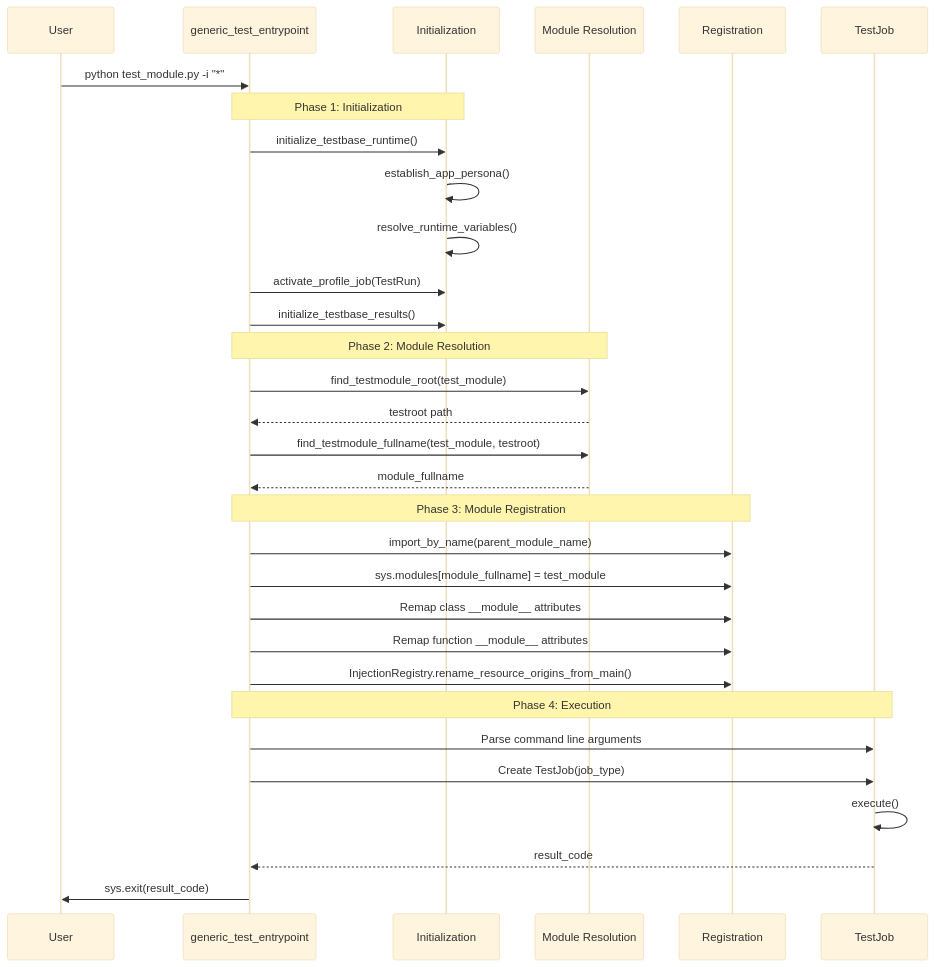
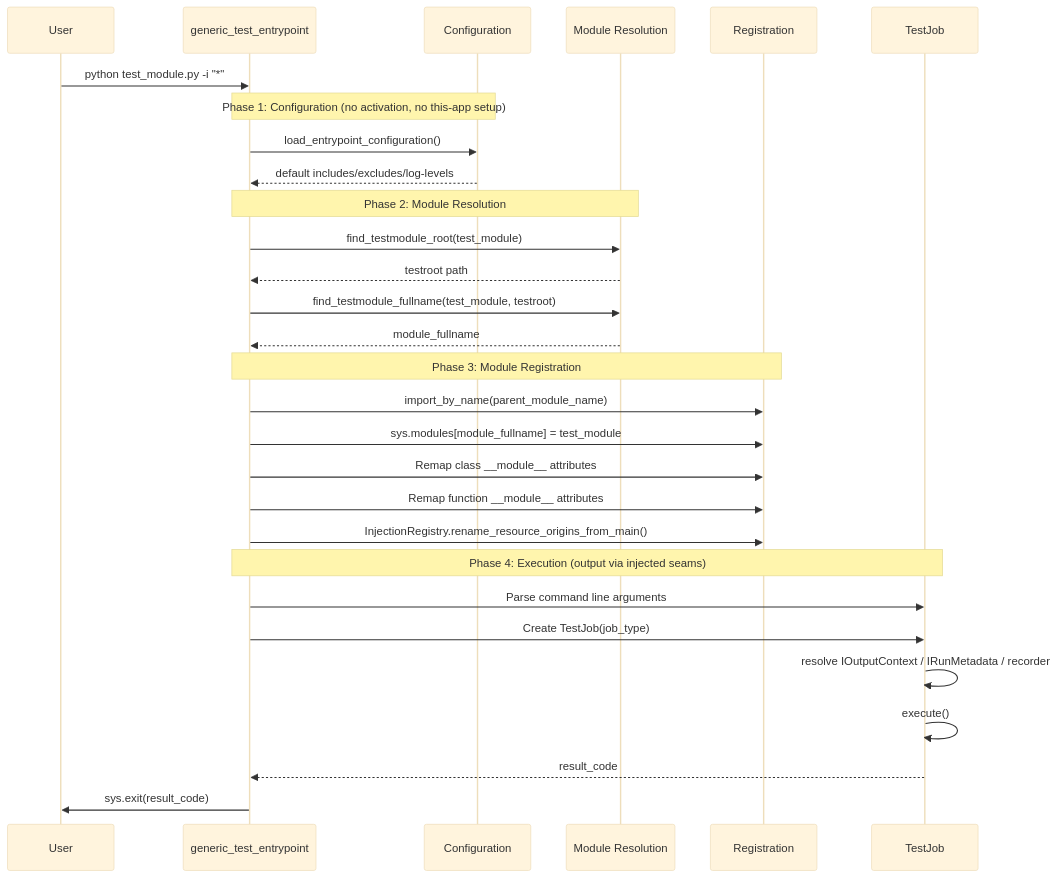
Before and after one commit to code-craft-ai-company/codecraftai-testbase: the fifth of 10 diagrams in specs/entrypoints/design.md, drawn with Mermaid (base theme). The commit also changed other lines of this file and 109 other files, not shown here.

Commit message:
refactor: decouple results/reporting and add standalone seams (Phase 3/5); update specs

````diff
--- a/specs/entrypoints/design.md
+++ b/specs/entrypoints/design.md
@@ -232,38 +206,36 @@
 ```mermaid
 sequenceDiagram
     participant User
     participant EP as generic_test_entrypoint
-    participant Init as Initialization
+    participant Cfg as Configuration
     participant Resolve as Module Resolution
     participant Reg as Registration
     participant Job as TestJob
-    
+
     User->>EP: python test_module.py -i "*"
-    
-    Note over EP,Init: Phase 1: Initialization
-    EP->>Init: initialize_testbase_runtime()
-    Init->>Init: establish_app_persona()
-    Init->>Init: resolve_runtime_variables()
-    EP->>Init: activate_profile_job(TestRun)
-    EP->>Init: initialize_testbase_results()
-    
+
+    Note over EP,Cfg: Phase 1: Configuration (no activation, no this-app setup)
+    EP->>Cfg: load_entrypoint_configuration()
+    Cfg-->>EP: default includes/excludes/log-levels
+
     Note over EP,Resolve: Phase 2: Module Resolution
     EP->>Resolve: find_testmodule_root(test_module)
     Resolve-->>EP: testroot path
     EP->>Resolve: find_testmodule_fullname(test_module, testroot)
     Resolve-->>EP: module_fullname
-    
+
     Note over EP,Reg: Phase 3: Module Registration
     EP->>Reg: import_by_name(parent_module_name)
     EP->>Reg: sys.modules[module_fullname] = test_module
     EP->>Reg: Remap class __module__ attributes
     EP->>Reg: Remap function __module__ attributes
     EP->>Reg: InjectionRegistry.rename_resource_origins_from_main()
-    
-    Note over EP,Job: Phase 4: Execution
+
+    Note over EP,Job: Phase 4: Execution (output via injected seams)
     EP->>Job: Parse command line arguments
     EP->>Job: Create TestJob(job_type)
+    Job->>Job: resolve IOutputContext / IRunMetadata / recorder
     Job->>Job: execute()
     Job-->>EP: result_code
     EP->>User: sys.exit(result_code)
 ```
````
